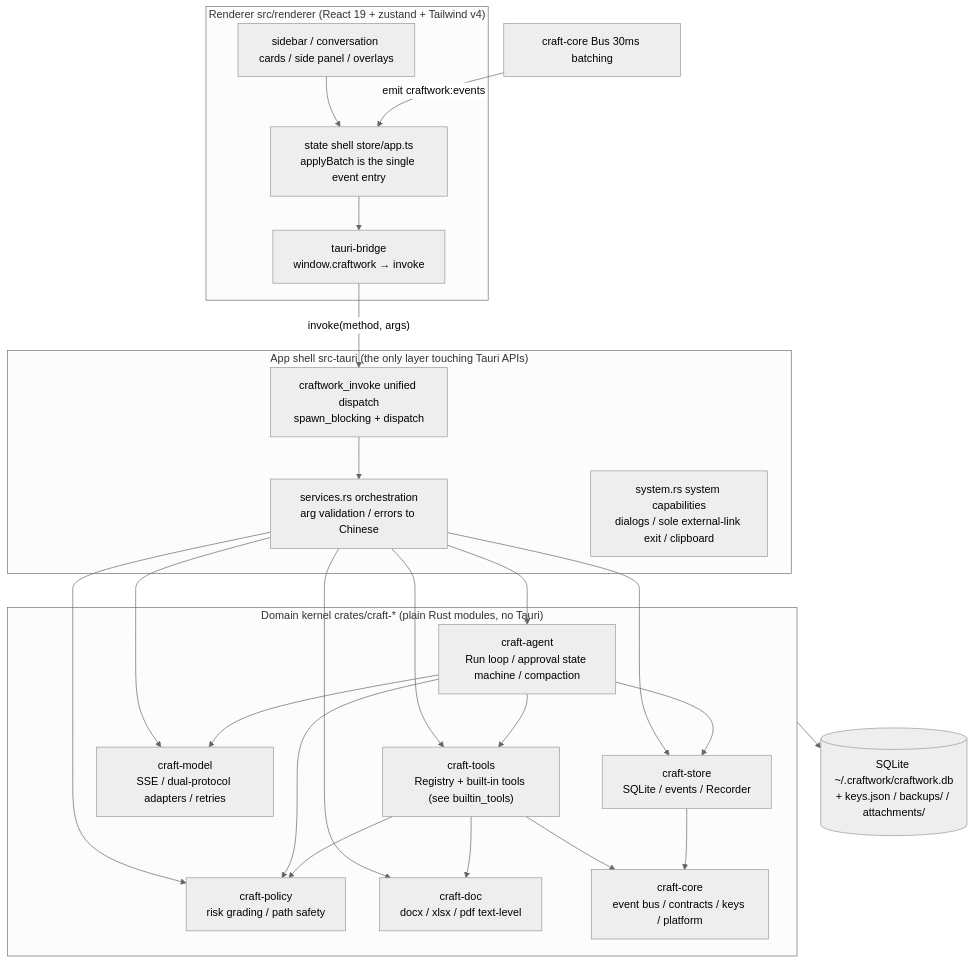
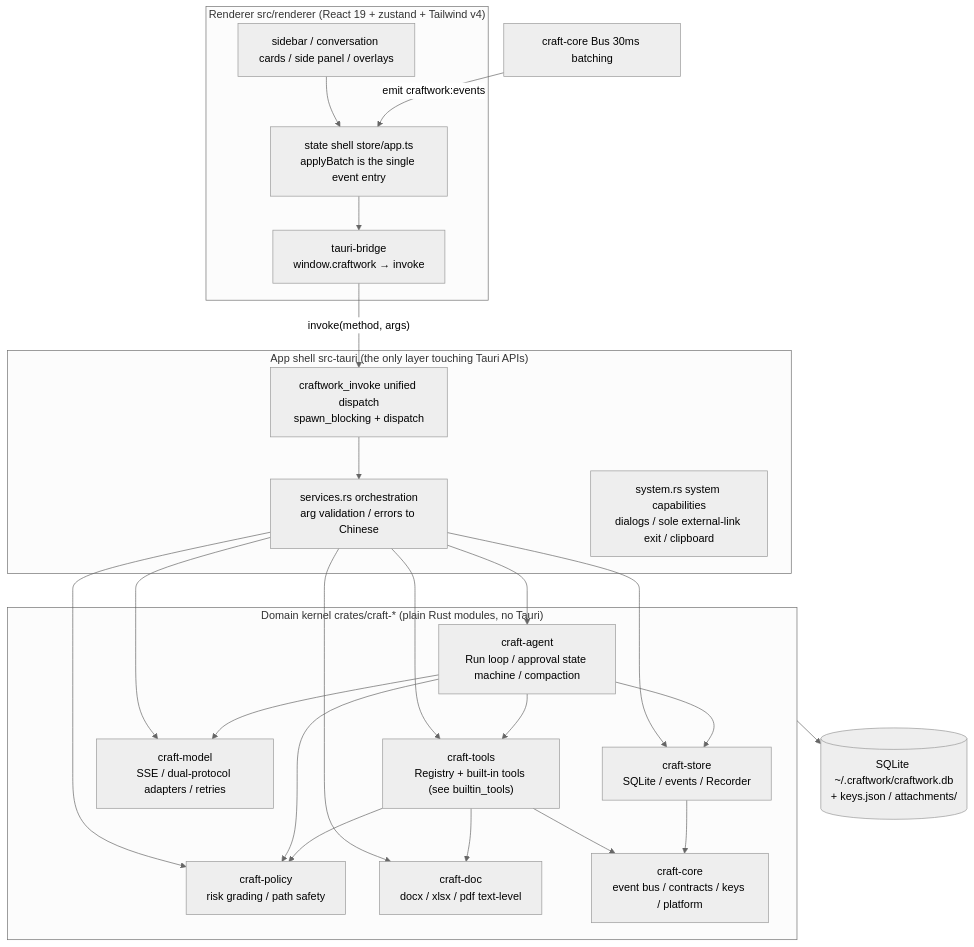
Before and after one commit to Yangshifu1024/CraftWork: the first of 6 diagrams in docs/arch.md, drawn with Mermaid (neutral theme). The commit also changed other lines of this file and 45 other files, not shown here.

````diff
--- a/docs/arch.md
+++ b/docs/arch.md
@@ -11,29 +11,29 @@
 ```mermaid
 flowchart TB
     subgraph R["Renderer src/renderer (React 19 + zustand + Tailwind v4)"]
         UI["sidebar / conversation cards / side panel / overlays"]
         STORE["state shell store/app.ts<br/>applyBatch is the single event entry"]
         BRIDGE["tauri-bridge<br/>window.craftwork → invoke"]
     end
     subgraph S["App shell src-tauri (the only layer touching Tauri APIs)"]
         DISPATCH["craftwork_invoke unified dispatch<br/>spawn_blocking + dispatch"]
         SVC["services.rs orchestration<br/>arg validation / errors to Chinese"]
         SYS["system.rs system capabilities<br/>dialogs / sole external-link exit / clipboard"]
     end
     subgraph D["Domain kernel crates/craft-* (plain Rust modules, no Tauri)"]
         AGENT["craft-agent<br/>Run loop / approval state machine / compaction"]
         TOOLS["craft-tools<br/>Registry + built-in tools (see builtin_tools)"]
         POLICY["craft-policy<br/>risk grading / path safety"]
         MODEL["craft-model<br/>SSE / dual-protocol adapters / retries"]
         DOC["craft-doc<br/>docx / xlsx / pdf text-level"]
         STORE2["craft-store<br/>SQLite / events / Recorder"]
         CORE["craft-core<br/>event bus / contracts / keys / platform"]
     end
     UI --> STORE --> BRIDGE -->|"invoke(method, args)"| DISPATCH --> SVC
     SVC --> AGENT & TOOLS & POLICY & MODEL & STORE2 & DOC
     AGENT --> TOOLS & POLICY & MODEL & STORE2
     TOOLS --> POLICY & DOC & CORE
     STORE2 --> CORE
     BUS["craft-core Bus 30ms batching"] -->|"emit craftwork:events"| STORE
-    D --> DB[("SQLite ~/.craftwork/craftwork.db<br/>+ keys.json / backups/ / attachments/")]
+    D --> DB[("SQLite ~/.craftwork/craftwork.db<br/>+ keys.json / attachments/")]
 ```
````
